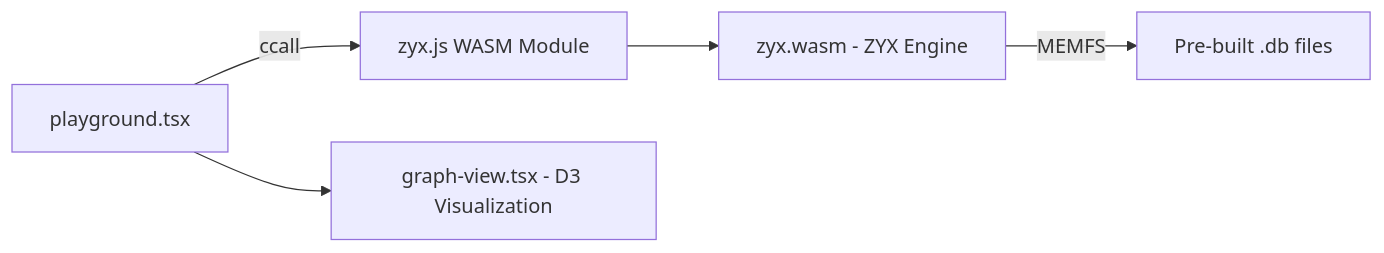
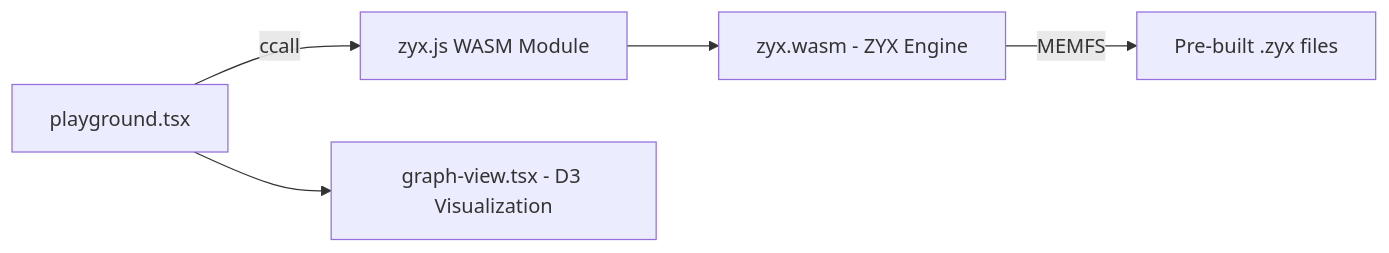
The second of 2 diagrams in rules/architecture.md (nexepic/zyx), drawn with Mermaid before and after one commit. The commit also changed other lines of this file and 38 other files, not shown here.

````diff
--- a/rules/architecture.md
+++ b/rules/architecture.md
@@ -418,7 +418,7 @@
 ```mermaid
 graph LR
     A[playground.tsx] -->|ccall| B[zyx.js WASM Module]
     B --> C[zyx.wasm - ZYX Engine]
-    C -->|MEMFS| D[Pre-built .db files]
+    C -->|MEMFS| D[Pre-built .zyx files]
     A --> E[graph-view.tsx - D3 Visualization]
 ```
````
